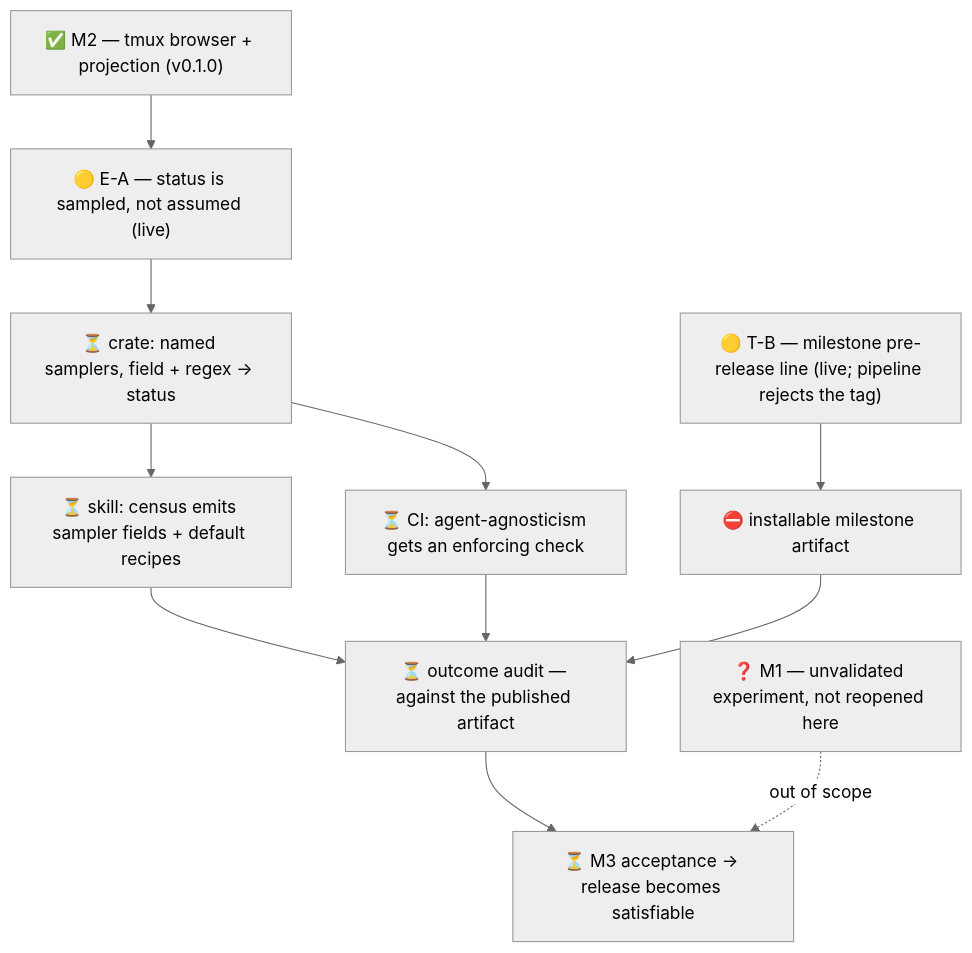
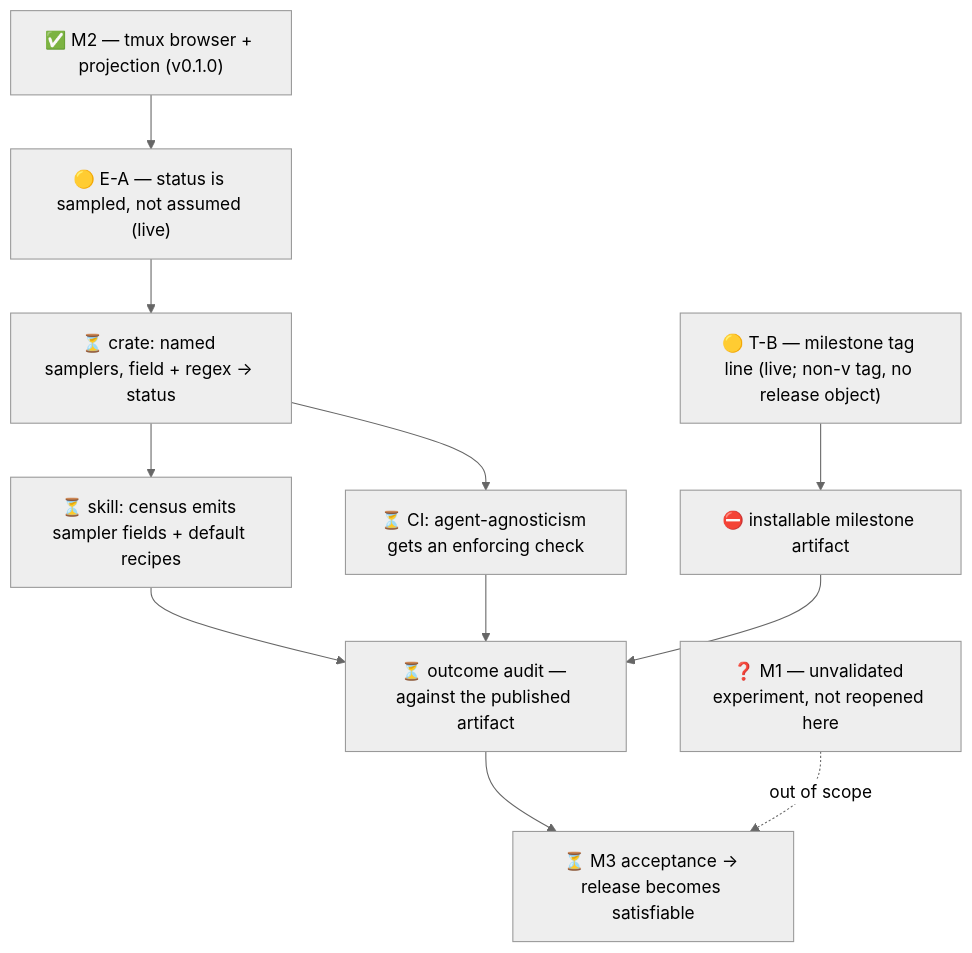
The diagram in .milestones/3/state.md (lambdasistemi/factory-tui), drawn with Mermaid (neutral theme) before and after one commit. The commit also changed other lines of this file and 3 other files, not shown here.

````diff
--- a/.milestones/3/state.md
+++ b/.milestones/3/state.md
@@ -11,23 +11,23 @@
 ```mermaid
 flowchart TD
   M2["✅ M2 — tmux browser + projection (v0.1.0)"]
   EA["🟡 E-A — status is sampled, not assumed (live)"]
   EA1["⏳ crate: named samplers, field + regex → status"]
   EA2["⏳ skill: census emits sampler fields + default recipes"]
   EA3["⏳ CI: agent-agnosticism gets an enforcing check"]
-  TB["🟡 T-B — milestone pre-release line (live; pipeline rejects the tag)"]
+  TB["🟡 T-B — milestone tag line (live; non-v tag, no release object)"]
   ART["⛔ installable milestone artifact"]
   AUD["⏳ outcome audit — against the published artifact"]
   ACC["⏳ M3 acceptance → release becomes satisfiable"]
   M1["❓ M1 — unvalidated experiment, not reopened here"]
 
   M2 --> EA
   EA --> EA1 --> EA2
   EA1 --> EA3
   TB --> ART
   EA2 --> AUD
   EA3 --> AUD
   ART --> AUD
   AUD --> ACC
   M1 -.->|out of scope| ACC
 ```
````
